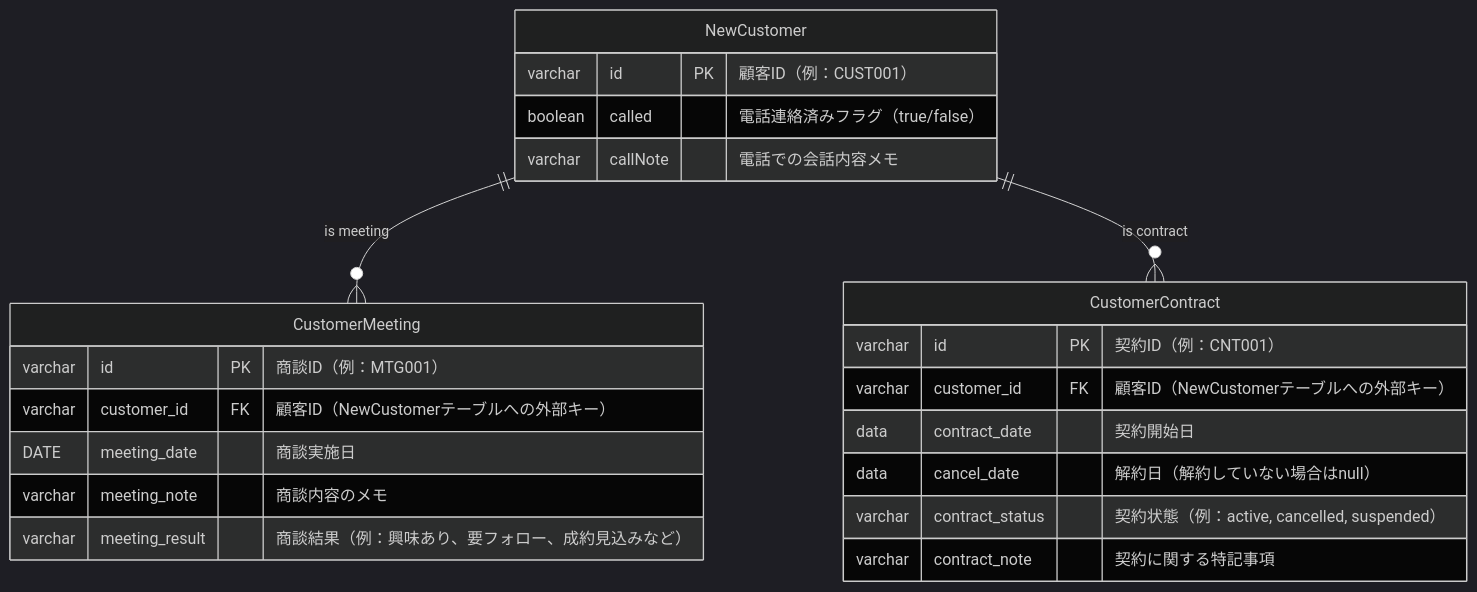
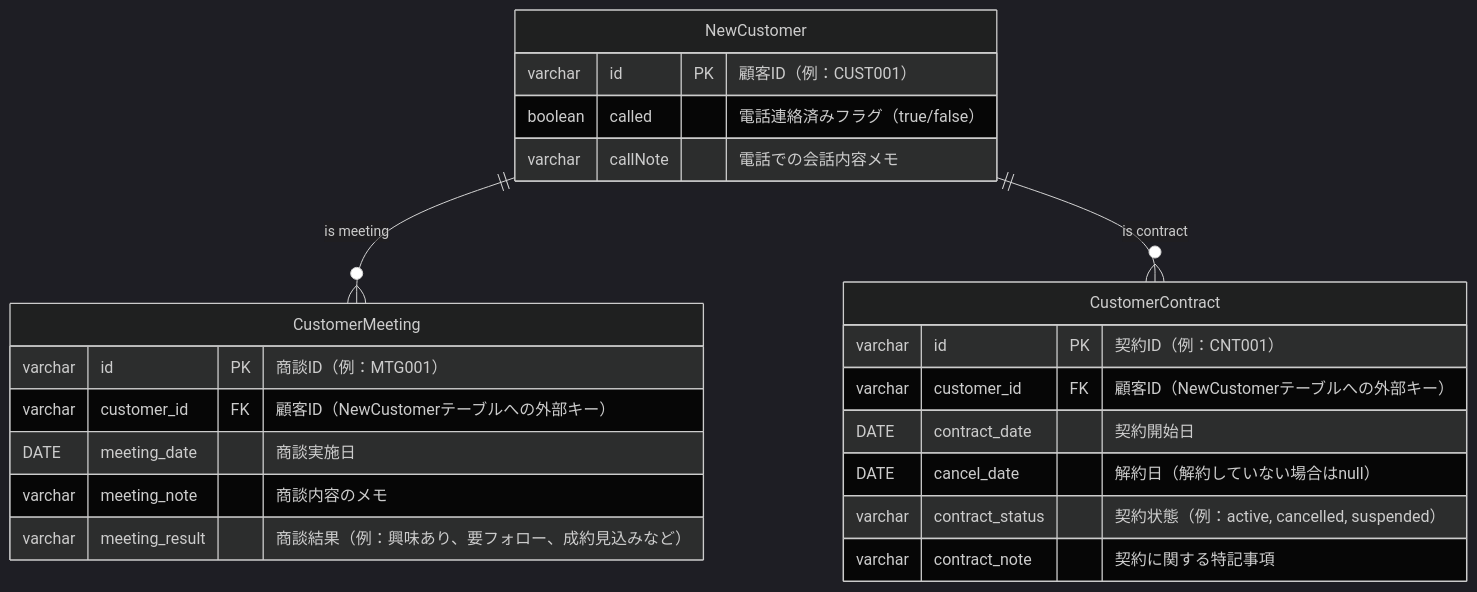
The diagram in Database/06_sql_antipatterns/antipattern-5/課題5-2.md (daiki-tadokoro/praha-challenge), drawn with Mermaid (dark theme) before and after one commit.

````diff
--- a/Database/06_sql_antipatterns/antipattern-5/課題5-2.md
+++ b/Database/06_sql_antipatterns/antipattern-5/課題5-2.md
@@ -16,29 +16,29 @@
 ```mermaid
 erDiagram
   NewCustomer ||--o{ CustomerMeeting : "is meeting"
   NewCustomer ||--o{ CustomerContract : "is contract"
 
   NewCustomer {
     varchar id PK "顧客ID（例：CUST001）"
     boolean called "電話連絡済みフラグ（true/false）"
     varchar callNote "電話での会話内容メモ"
   }
 
   CustomerMeeting {
     varchar id PK "商談ID（例：MTG001）"
     varchar customer_id FK "顧客ID（NewCustomerテーブルへの外部キー）"
     DATE meeting_date "商談実施日"
     varchar meeting_note "商談内容のメモ"
     varchar meeting_result "商談結果（例：興味あり、要フォロー、成約見込みなど）"
   }
 
   CustomerContract {
     varchar id PK "契約ID（例：CNT001）"
     varchar customer_id FK "顧客ID（NewCustomerテーブルへの外部キー）"
-    data contract_date "契約開始日"
-    data cancel_date "解約日（解約していない場合はnull）"
+    DATE contract_date "契約開始日"
+    DATE cancel_date "解約日（解約していない場合はnull）"
     varchar contract_status "契約状態（例：active, cancelled, suspended）"
     varchar contract_note "契約に関する特記事項"
   }
 
 ```
````
